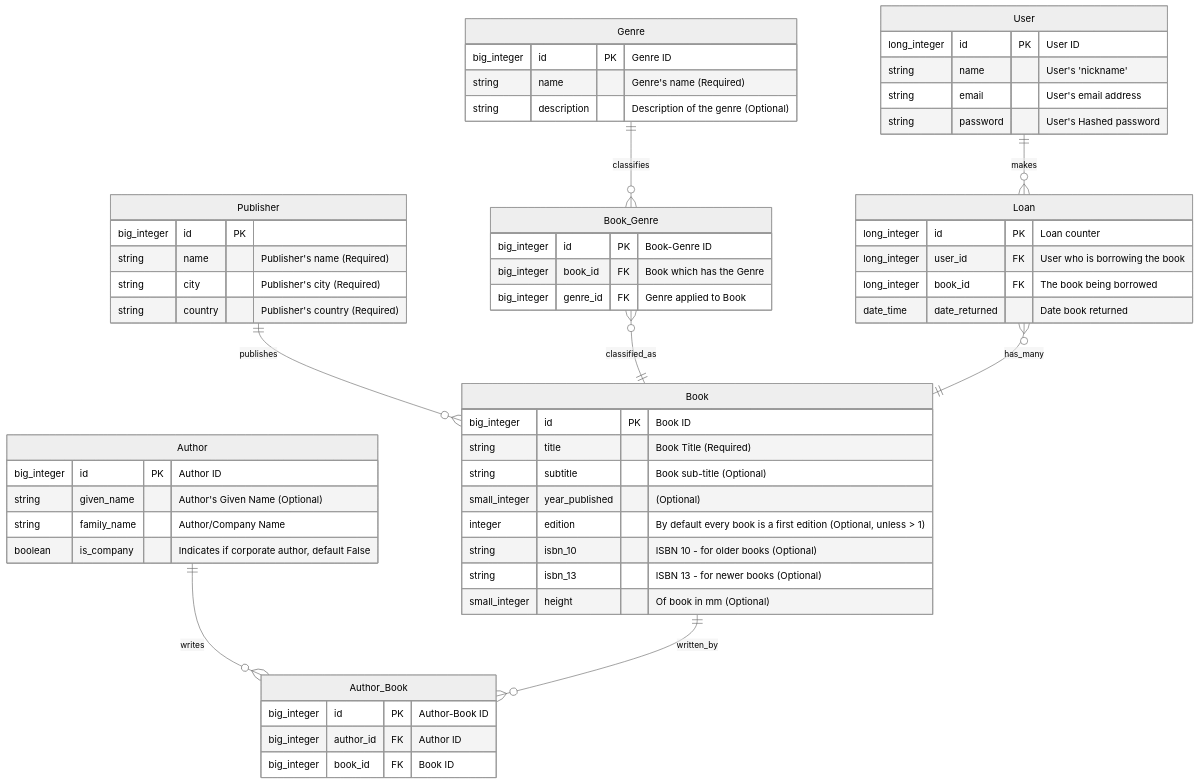
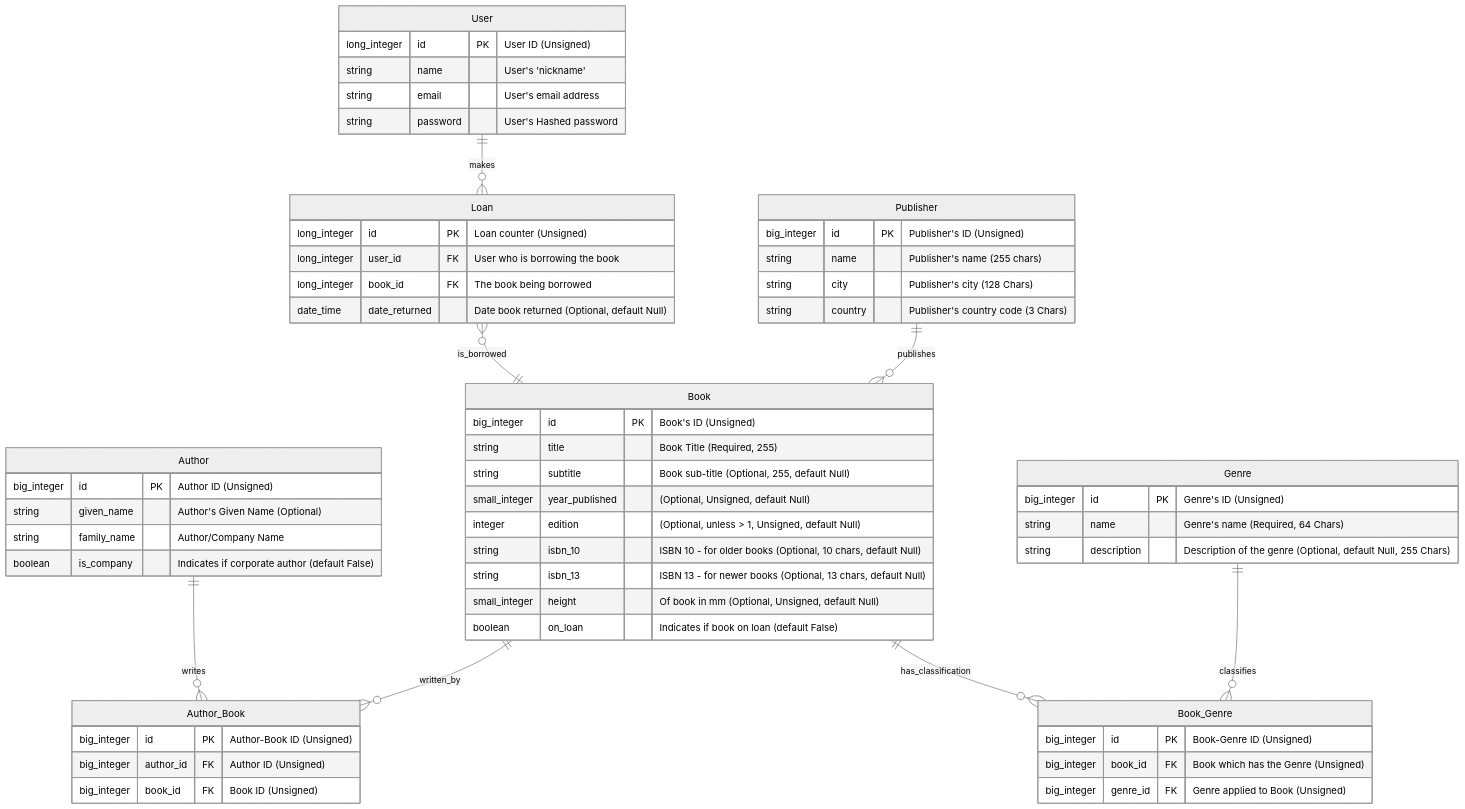
One commit to AdyGCode/ICT50120-SaaS-Library changed the diagram in _docs/ReadMe-00-Library-ER.md. Above: the diagram before and after it, drawn with Mermaid (neutral theme). The commit also changed other lines of this file and 3 other files, not shown here.

Commit message:
docs: Library ER Diagram - ReadMe-00-Library-ER.md contains the most up to date ER Diagram for this application

````diff
--- a/_docs/ReadMe-00-Library-ER.md
+++ b/_docs/ReadMe-00-Library-ER.md
@@ -3,68 +6,68 @@
 ```mermaid
 erDiagram
-    Author ||--o{ Author_Book : writes 
-    Book ||--o{ Author_Book : written_by
-    Publisher ||--o{ Book : publishes
-    Genre ||--o{ Book_Genre : classifies
-    Book_Genre }o--|| Book : classified_as
-    User ||--o{ Loan : makes
-    Loan }o--|| Book : has_many
-    
     Loan {
-        long_integer id PK "Loan counter"
+        long_integer id PK "Loan counter (Unsigned)"
         long_integer user_id FK "User who is borrowing the book"
         long_integer book_id FK "The book being borrowed"
-        date_time date_returned "Date book returned"
+        date_time date_returned "Date book returned (Optional, default Null)"
     }
 
     User {
-        long_integer id PK "User ID"
+        long_integer id PK "User ID (Unsigned)"
         string name "User's 'nickname'"
         string email "User's email address"
         string password "User's Hashed password"
     }
     
     Author{
-        big_integer id PK "Author ID"
+        big_integer id PK "Author ID (Unsigned)"
         string given_name "Author's Given Name (Optional)"
         string family_name "Author/Company Name"
-        boolean is_company "Indicates if corporate author, default False"
+        boolean is_company "Indicates if corporate author (default False)"
     }
     
     Book{
-        big_integer id PK "Book ID"
-        string title "Book Title (Required)"
-        string subtitle "Book sub-title (Optional)"
-        small_integer year_published "(Optional)"
-        integer edition "By default every book is a first edition (Optional, unless > 1)"
-        string isbn_10 "ISBN 10 - for older books (Optional)"
-        string isbn_13 "ISBN 13 - for newer books (Optional)"
-        small_integer height "Of book in mm (Optional)"
+        big_integer id PK "Book's ID (Unsigned)"
+        string title "Book Title (Required, 255)"
+        string subtitle "Book sub-title (Optional, 255, default Null)"
+        small_integer year_published "(Optional, Unsigned, default Null)"
+        integer edition "(Optional, unless > 1, Unsigned, default Null)"
+        string isbn_10 "ISBN 10 - for older books (Optional, 10 chars, default Null)"
+        string isbn_13 "ISBN 13 - for newer books (Optional, 13 chars, default Null)"
+        small_integer height "Of book in mm (Optional, Unsigned, default Null)"
+        boolean on_loan "Indicates if book on loan (default False)"
     }
     
     Publisher {
-        big_integer id PK 
-        string name "Publisher's name (Required)"
-        string city "Publisher's city (Required)"
-        string country "Publisher's country (Required)"
+        big_integer id PK "Publisher's ID (Unsigned)"
+        string name "Publisher's name (255 chars)"
+        string city "Publisher's city (128 Chars)"
+        string country "Publisher's country code (3 Chars)"
     }
 
     Genre {
-        big_integer id PK "Genre ID"
-        string name "Genre's name (Required)"
-        string description "Description of the genre (Optional)"
+        big_integer id PK "Genre's ID (Unsigned)"
+        string name "Genre's name (Required, 64 Chars)"
+        string description "Description of the genre (Optional, default Null, 255 Chars)"
     }
 
     Book_Genre {
-        big_integer id PK "Book-Genre ID"
-        big_integer book_id FK "Book which has the Genre"
-        big_integer genre_id FK "Genre applied to Book"
+        big_integer id PK "Book-Genre ID (Unsigned)"
+        big_integer book_id FK "Book which has the Genre (Unsigned)"
+        big_integer genre_id FK "Genre applied to Book (Unsigned)"
     }
         
     Author_Book {
-        big_integer id PK "Author-Book ID"         
-        big_integer author_id FK "Author ID" 
-        big_integer book_id FK "Book ID" 
+        big_integer id PK "Author-Book ID (Unsigned)"         
+        big_integer author_id FK "Author ID (Unsigned)" 
+        big_integer book_id FK "Book ID (Unsigned)" 
     }
-    
+
+    Publisher ||--o{ Book : publishes       
+    Book ||--o{ Book_Genre : has_classification
+    Book ||--o{ Author_Book : written_by
+    Loan }o--|| Book : is_borrowed
+    Genre ||--o{ Book_Genre : classifies
+    Author ||--o{ Author_Book : writes 
+    User ||--o{ Loan : makes
 ```
````
